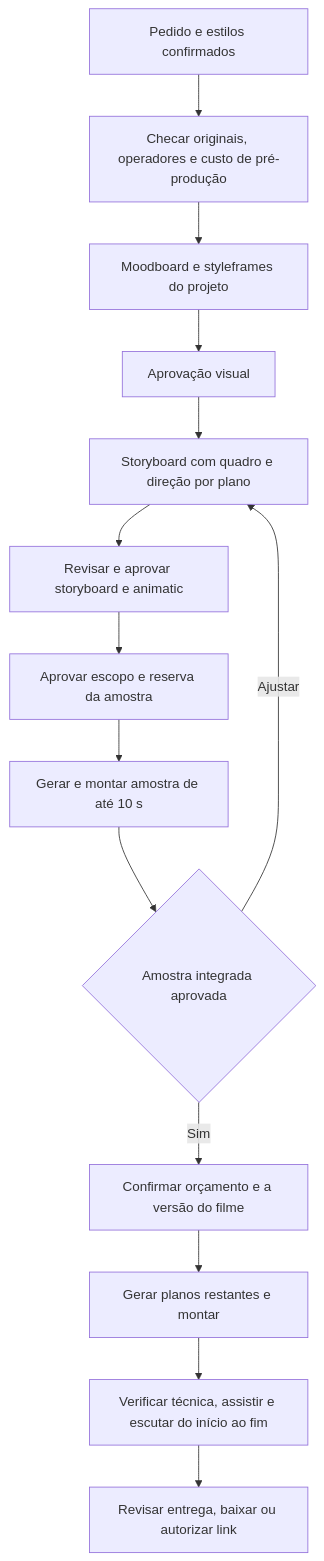
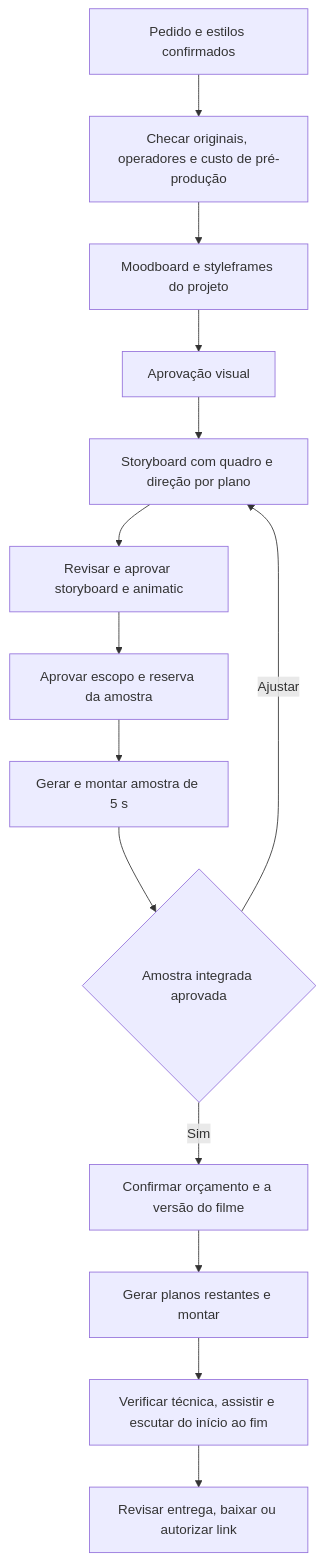
The sixth of 6 diagrams in docs/plans/2026-11-24-receita-estilo-zapvideo.md (andrezucatti82-rgb/studio-kit-pro), drawn with Mermaid before and after one commit. The commit also changed other lines of this file and 133 other files, not shown here.

````diff
--- a/docs/plans/2026-11-24-receita-estilo-zapvideo.md
+++ b/docs/plans/2026-11-24-receita-estilo-zapvideo.md
@@ -397,16 +405,16 @@
 ```mermaid
 flowchart TD
     P[Pedido e estilos confirmados] --> I[Checar originais, operadores e custo de pré-produção]
     I --> M[Moodboard e styleframes do projeto]
     M --> A[Aprovação visual]
     A --> B[Storyboard com quadro e direção por plano]
     B --> C[Revisar e aprovar storyboard e animatic]
     C --> D[Aprovar escopo e reserva da amostra]
-    D --> E[Gerar e montar amostra de até 10 s]
+    D --> E[Gerar e montar amostra de 5 s]
     E --> F{Amostra integrada aprovada}
     F -->|Sim| Q[Confirmar orçamento e a versão do filme]
     F -->|Ajustar| B
     Q --> G[Gerar planos restantes e montar]
     G --> H[Verificar técnica, assistir e escutar do início ao fim]
     H --> J[Revisar entrega, baixar ou autorizar link]
 ```
````
